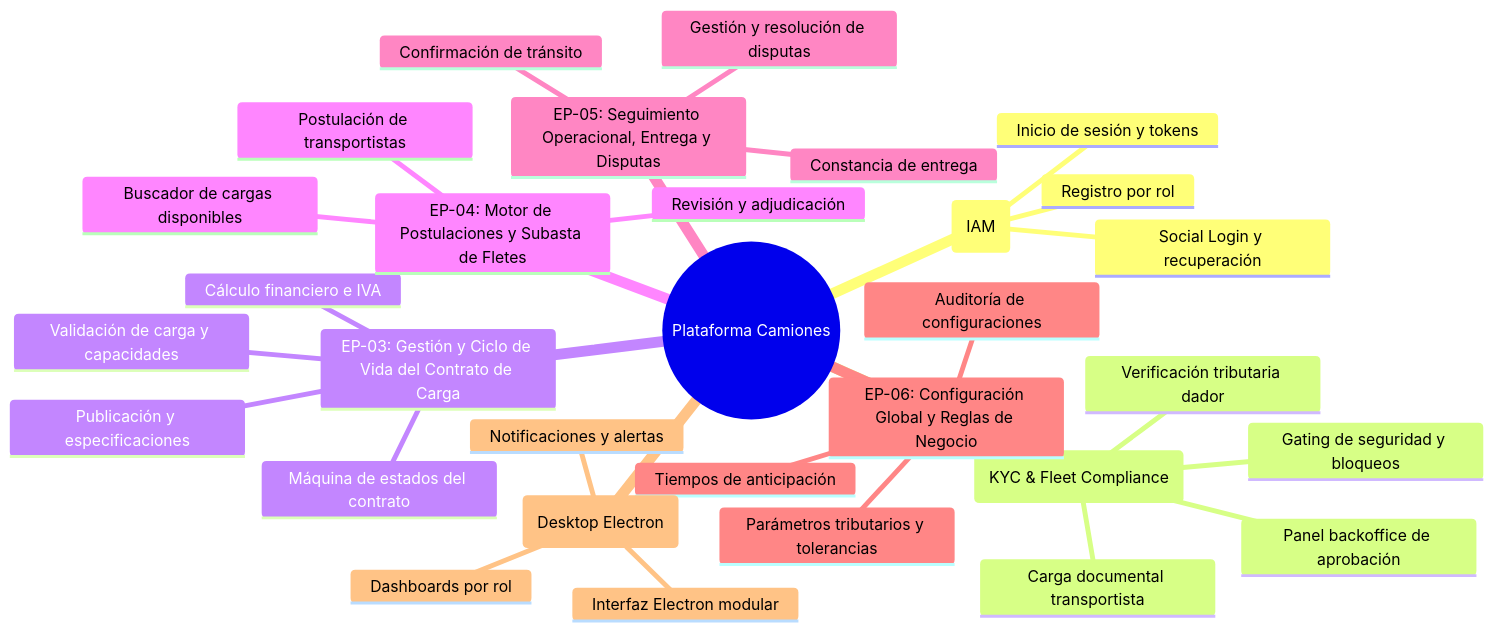
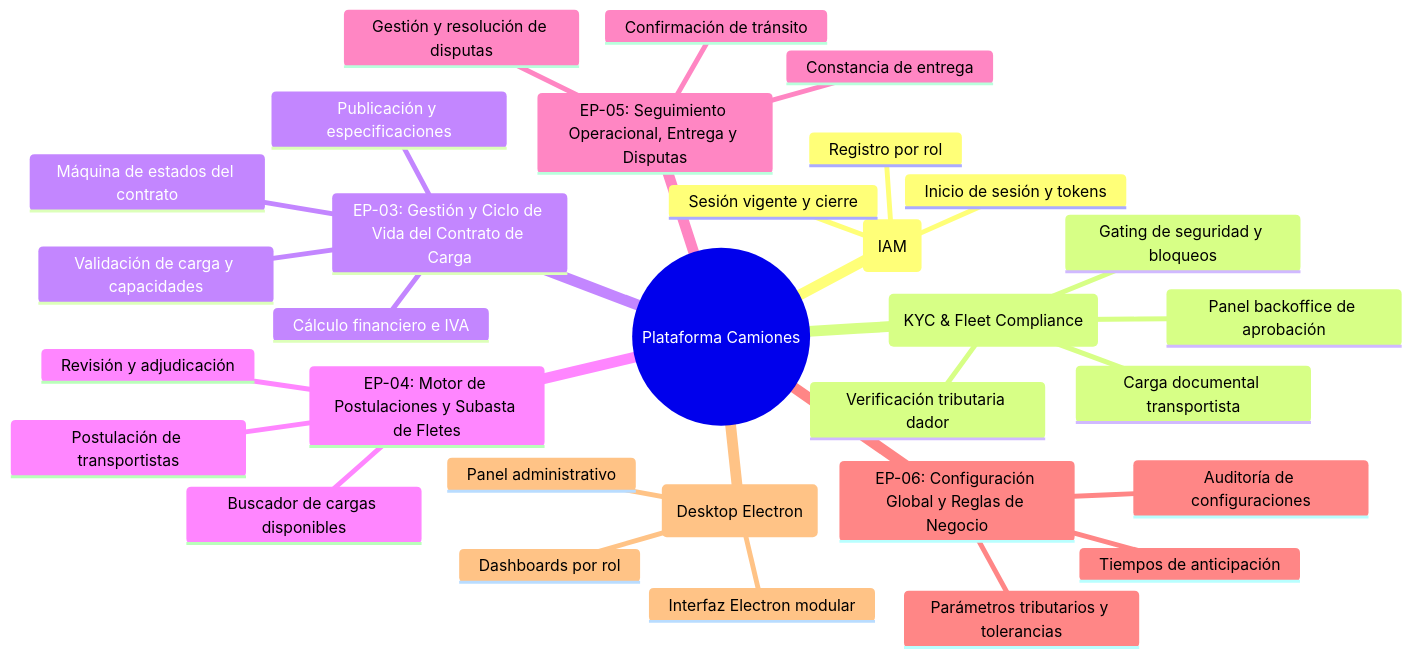
Before and after one commit to hamburgetestudent/Camiones_contratos: the second of 2 diagrams in README.md, drawn with Mermaid. The commit also changed other lines of this file and 3 other files, not shown here.

First line of the commit message:
Add justification and design decisions for class diagram in new markdown file

````diff
--- a/README.md
+++ b/README.md
@@ -380,34 +345,34 @@
 ```mermaid
 mindmap
   root((Plataforma Camiones))
     EP-01: Autenticación, Identidad y Accesos (IAM)
       Registro por rol
       Inicio de sesión y tokens
-      Social Login y recuperación
+      Sesión vigente y cierre
     EP-02: Onboarding y Cumplimiento Legal (KYC & Fleet Compliance)
       Carga documental transportista
       Verificación tributaria dador
       Panel backoffice de aprobación
       Gating de seguridad y bloqueos
     EP-03: Gestión y Ciclo de Vida del Contrato de Carga
       Publicación y especificaciones
       Validación de carga y capacidades
       Cálculo financiero e IVA
       Máquina de estados del contrato
     EP-04: Motor de Postulaciones y Subasta de Fletes
       Buscador de cargas disponibles
       Postulación de transportistas
       Revisión y adjudicación
     EP-05: Seguimiento Operacional, Entrega y Disputas
       Confirmación de tránsito
       Constancia de entrega
       Gestión y resolución de disputas
     EP-06: Configuración Global y Reglas de Negocio
       Parámetros tributarios y tolerancias
       Tiempos de anticipación
       Auditoría de configuraciones
     EP-07: Experiencia de Usuario y Cliente de Escritorio (Desktop Electron)
       Interfaz Electron modular
       Dashboards por rol
-      Notificaciones y alertas
+      Panel administrativo
 ```
````
